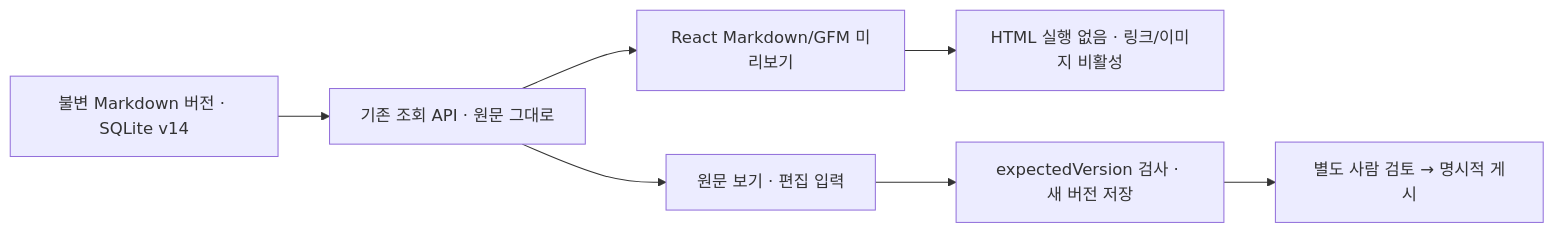
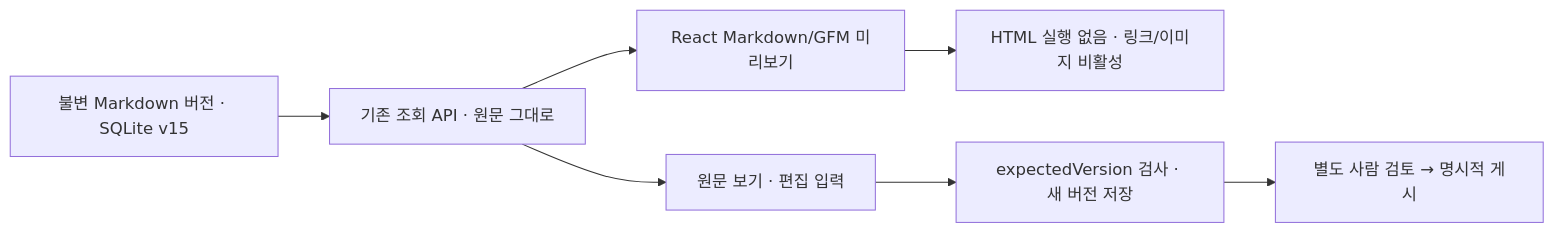
One commit to thisisnew/dougle changed the seventh of 7 diagrams in docs/design-map.md. Above: the diagram before and after it, drawn with Mermaid. The commit also changed other lines of this file and 28 other files, not shown here.

````diff
--- a/docs/design-map.md
+++ b/docs/design-map.md
@@ -267,9 +268,9 @@
 ```mermaid
 flowchart LR
-  Version["불변 Markdown 버전 · SQLite v14"] --> API["기존 조회 API · 원문 그대로"]
+  Version["불변 Markdown 버전 · SQLite v15"] --> API["기존 조회 API · 원문 그대로"]
   API --> Preview["React Markdown/GFM 미리보기"]
   API --> Raw["원문 보기 · 편집 입력"]
   Preview --> Safe["HTML 실행 없음 · 링크/이미지 비활성"]
   Raw --> Save["expectedVersion 검사 · 새 버전 저장"]
   Save --> Review["별도 사람 검토 → 명시적 게시"]
 ```
````
